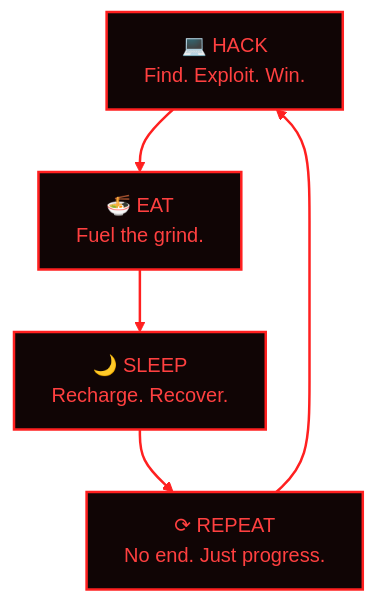
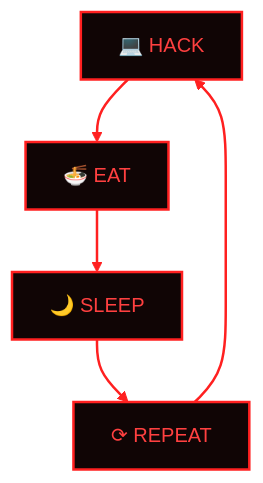
One commit to PenielMelaku/PenielMelaku changed the diagram in README.md. Above: the diagram before and after it, drawn with Mermaid.

````diff
--- a/README.md
+++ b/README.md
@@ -79,17 +79,17 @@
 ```mermaid
 flowchart TD
-    A["💻 HACK<br/>Find. Exploit. Win."]
-    B["🍜 EAT<br/>Fuel the grind."]
-    C["🌙 SLEEP<br/>Recharge. Recover."]
-    D["⟳ REPEAT<br/>No end. Just progress."]
+    A["💻 HACK<br/>"]
+    B["🍜 EAT<br/>"]
+    C["🌙 SLEEP<br/>"]
+    D["⟳ REPEAT<br/>"]
 
     A --> B
     B --> C
     C --> D
     D --> A
 
     classDef hacker fill:#100505,stroke:#ff2020,color:#ff4040,stroke-width:2px
     class A,B,C,D hacker
 
     linkStyle default stroke:#ff2020,stroke-width:2px
 ```
````
